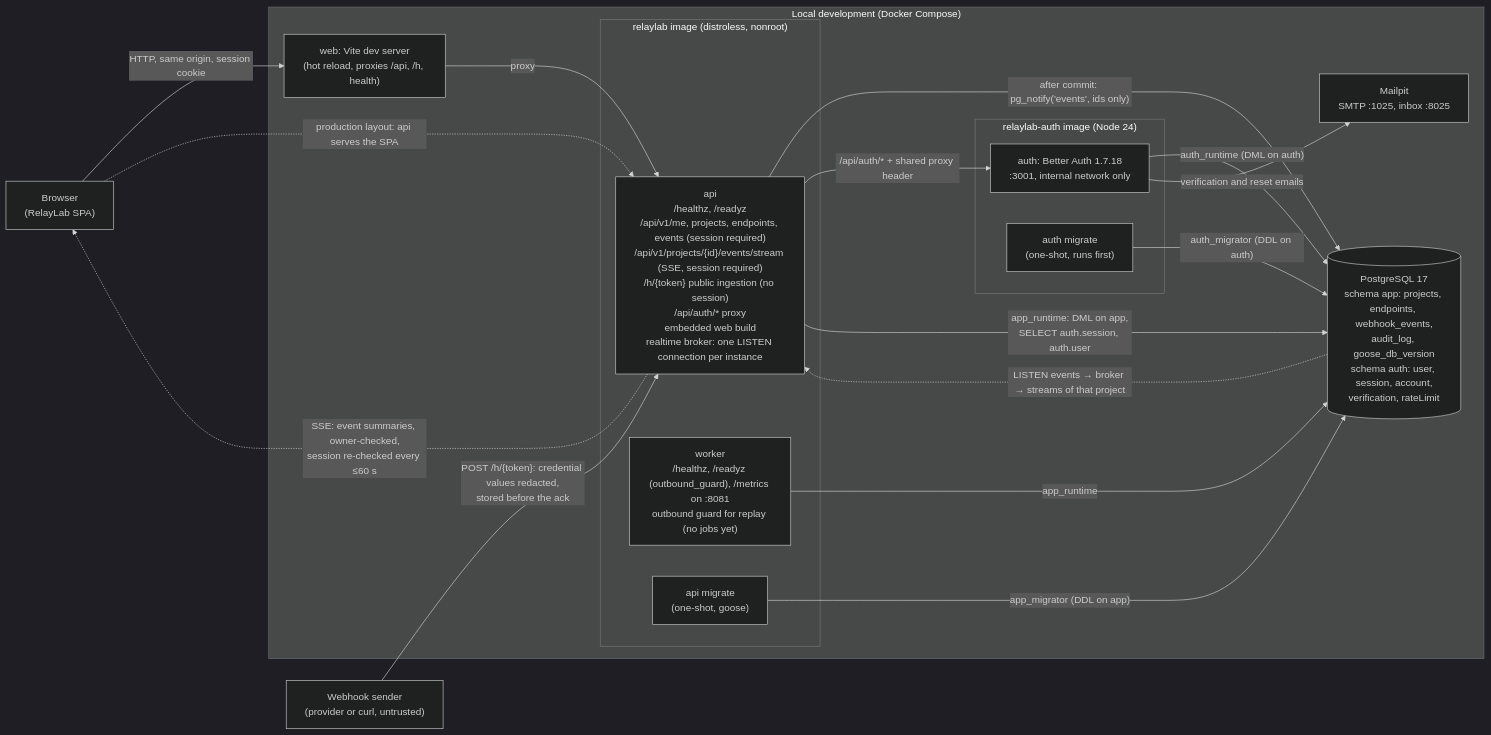
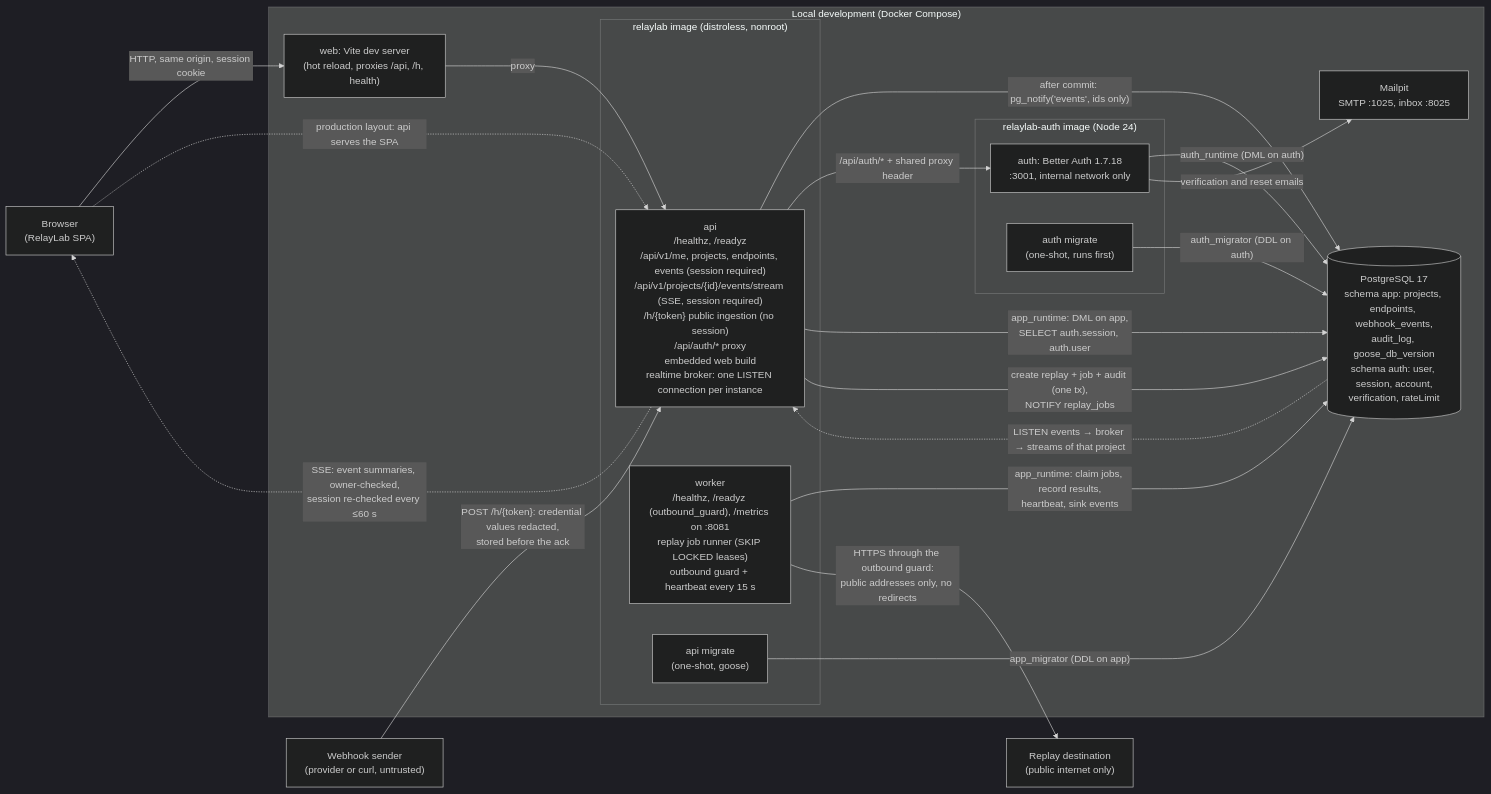
One commit to yasineh/relaylab-app changed the diagram in docs/architecture/overview.md. Above: the diagram before and after it, drawn with Mermaid (dark theme). The commit also changed other lines of this file and 5 other files, not shown here.

Commit message:
Document replay and audit APIs and replay security; show absolute times in the replay panel (add-event-replay task 7.2)

````diff
--- a/docs/architecture/overview.md
+++ b/docs/architecture/overview.md
@@ -6,35 +6,38 @@
 ```mermaid
 flowchart LR
   browser["Browser<br/>(RelayLab SPA)"]
   sender["Webhook sender<br/>(provider or curl, untrusted)"]
 
   subgraph dev["Local development (Docker Compose)"]
     vite["web: Vite dev server<br/>(hot reload, proxies /api, /h, health)"]
     subgraph image["relaylab image (distroless, nonroot)"]
       api["api<br/>/healthz, /readyz<br/>/api/v1/me, projects, endpoints, events (session required)<br/>/api/v1/projects/{id}/events/stream (SSE, session required)<br/>/h/{token} public ingestion (no session)<br/>/api/auth/* proxy<br/>embedded web build<br/>realtime broker: one LISTEN connection per instance"]
-      worker["worker<br/>/healthz, /readyz (outbound_guard), /metrics on :8081<br/>outbound guard for replay (no jobs yet)"]
+      worker["worker<br/>/healthz, /readyz (outbound_guard), /metrics on :8081<br/>replay job runner (SKIP LOCKED leases)<br/>outbound guard + heartbeat every 15 s"]
       migrate["api migrate<br/>(one-shot, goose)"]
     end
     subgraph authimg["relaylab-auth image (Node 24)"]
       auth["auth: Better Auth 1.7.18<br/>:3001, internal network only"]
       authmigrate["auth migrate<br/>(one-shot, runs first)"]
     end
     pg[("PostgreSQL 17<br/>schema app: projects, endpoints, webhook_events,<br/>audit_log, goose_db_version<br/>schema auth: user, session, account,<br/>verification, rateLimit")]
     mailpit["Mailpit<br/>SMTP :1025, inbox :8025"]
   end
 
   sender -->|"POST /h/{token}: credential values redacted,<br/>stored before the ack"| api
   api -->|"after commit: pg_notify('events', ids only)"| pg
   pg -.->|"LISTEN events → broker → streams of that project"| api
   api -.->|"SSE: event summaries, owner-checked,<br/>session re-checked every ≤60 s"| browser
   browser -->|"HTTP, same origin, session cookie"| vite
   vite -->|"proxy"| api
   browser -.->|"production layout: api serves the SPA"| api
   api -->|"/api/auth/* + shared proxy header"| auth
   api -->|"app_runtime: DML on app,<br/>SELECT auth.session, auth.user"| pg
-  worker -->|"app_runtime"| pg
+  worker -->|"app_runtime: claim jobs, record results,<br/>heartbeat, sink events"| pg
+  api -->|"create replay + job + audit (one tx),<br/>NOTIFY replay_jobs"| pg
+  dest["Replay destination<br/>(public internet only)"]
+  worker -->|"HTTPS through the outbound guard:<br/>public addresses only, no redirects"| dest
   migrate -->|"app_migrator (DDL on app)"| pg
   auth -->|"auth_runtime (DML on auth)"| pg
   authmigrate -->|"auth_migrator (DDL on auth)"| pg
   auth -->|"verification and reset emails"| mailpit
 ```
````
